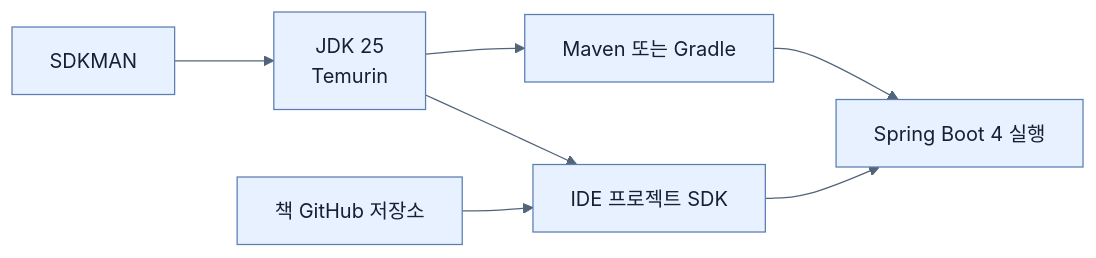
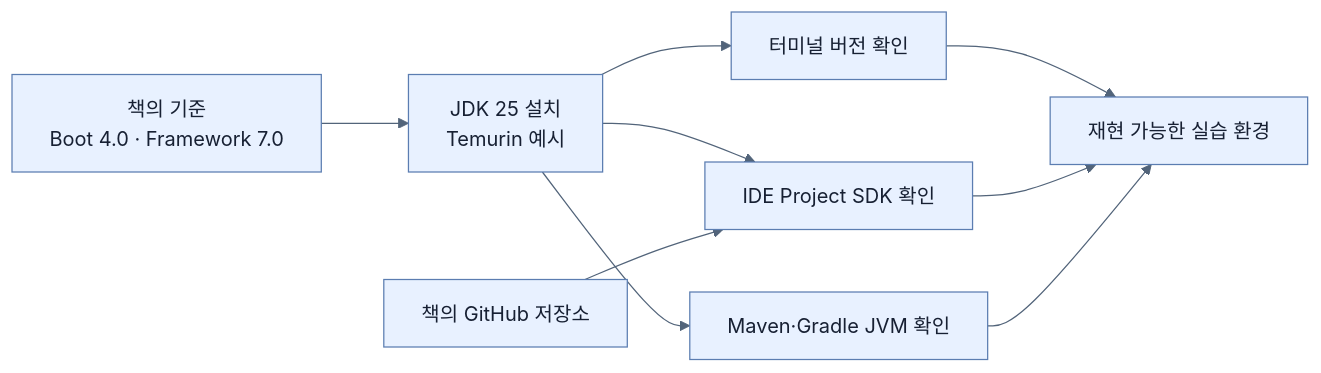
One commit to sing-u8/Learning_Spring_Boot_4 changed the diagram in spring-boot-4-pdf-notes/part-1-the-basics-of-spring-boot/chapter-1-core-features-of-spring-boot/00-technical-requirements.md. Above: the diagram before and after it, drawn with Mermaid. The commit also changed other lines of this file and 253 other files, not shown here.

````diff
--- a/spring-boot-4-pdf-notes/part-1-the-basics-of-spring-boot/chapter-1-core-features-of-spring-boot/00-technical-requirements.md
+++ b/spring-boot-4-pdf-notes/part-1-the-basics-of-spring-boot/chapter-1-core-features-of-spring-boot/00-technical-requirements.md
@@ -31,10 +127,12 @@
 ```mermaid
 %%{init: {'theme': 'base', 'themeVariables': {'background': '#ffffff', 'primaryColor': '#e8f1ff', 'primaryTextColor': '#172033', 'primaryBorderColor': '#5b7db1', 'lineColor': '#52647a', 'secondaryColor': '#f7fbff', 'tertiaryColor': '#fff7df'}}}%%
 flowchart LR
-    S[SDKMAN] --> J[JDK 25<br/>Temurin]
-    J --> I[IDE 프로젝트 SDK]
-    J --> B[Maven 또는 Gradle]
-    G[책 GitHub 저장소] --> I
-    I --> R[Spring Boot 4 실행]
-    B --> R
+    A["책의 기준<br/>Boot 4.0 · Framework 7.0"] --> B["JDK 25 설치<br/>Temurin 예시"]
+    B --> C["터미널 버전 확인"]
+    B --> D["IDE Project SDK 확인"]
+    B --> E["Maven·Gradle JVM 확인"]
+    F["책의 GitHub 저장소"] --> D
+    C --> G["재현 가능한 실습 환경"]
+    D --> G
+    E --> G
 ```
````
